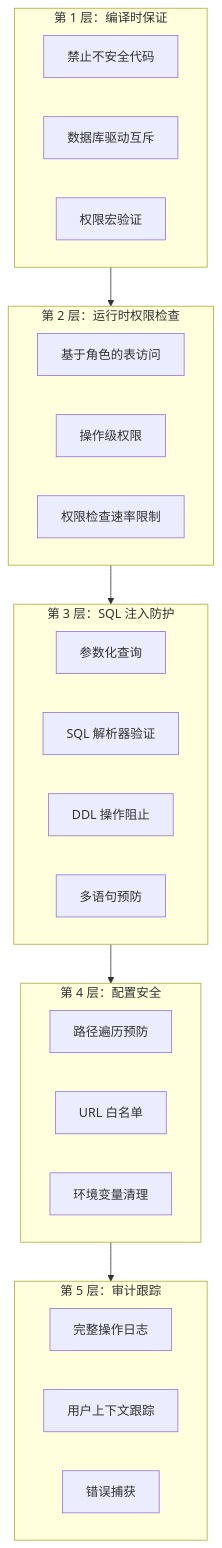
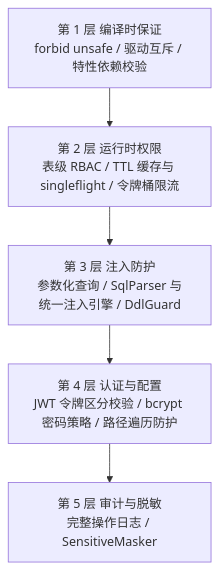
The fifth of 7 diagrams in docs/ARCHITECTURE.md (Kirky-X/dbnexus), drawn with Mermaid before and after one commit. The commit also changed other lines of this file and 7 other files, not shown here.

Commit message:
docs(dbnexus): docs 文档套件统一优化 — emoji 化 h2 与折叠目录、文档间交叉链接网络、架构/数据流 mermaid 图、结构化内容表格化、清除内部任务追踪引用；失真内容对照 src/ 源码修正，基准数字与安全承诺口径原样保留

````diff
--- a/docs/ARCHITECTURE.md
+++ b/docs/ARCHITECTURE.md
@@ -498,38 +367,12 @@
 ```mermaid
-graph TD
-    subgraph Layer1["第 1 层：编译时保证"]
-        Unsafe[禁止不安全代码]
-        DriverMutual[数据库驱动互斥]
-        PermMacro[权限宏验证]
-    end
-
-    subgraph Layer2["第 2 层：运行时权限检查"]
-        RoleAccess[基于角色的表访问]
-        OpPerm[操作级权限]
-        RateLimit[权限检查速率限制]
-    end
-
-    subgraph Layer3["第 3 层：SQL 注入防护"]
-        ParamQueries[参数化查询]
-        SQLParser[SQL 解析器验证]
-        DDLBlock[DDL 操作阻止]
-        MultiStmt[多语句预防]
-    end
-
-    subgraph Layer4["第 4 层：配置安全"]
-        PathPrev[路径遍历预防]
-        URLWhitelist[URL 白名单]
-        EnvSanitize[环境变量清理]
-    end
-
-    subgraph Layer5["第 5 层：审计跟踪"]
-        OpLog[完整操作日志]
-        UserTrack[用户上下文跟踪]
-        ErrorCapture[错误捕获]
-    end
-
-    Layer1 --> Layer2
-    Layer2 --> Layer3
-    Layer3 --> Layer4
-    Layer4 --> Layer5
+flowchart TD
+    L1["第 1 层 编译时保证<br/>forbid unsafe / 驱动互斥 / 特性依赖校验"]
+    L2["第 2 层 运行时权限<br/>表级 RBAC / TTL 缓存与 singleflight / 令牌桶限流"]
+    L3["第 3 层 注入防护<br/>参数化查询 / SqlParser 与统一注入引擎 / DdlGuard"]
+    L4["第 4 层 认证与配置<br/>JWT 令牌区分校验 / bcrypt 密码策略 / 路径遍历防护"]
+    L5["第 5 层 审计与脱敏<br/>完整操作日志 / SensitiveMasker"]
+    L1 --> L2
+    L2 --> L3
+    L3 --> L4
+    L4 --> L5
 ```
````
